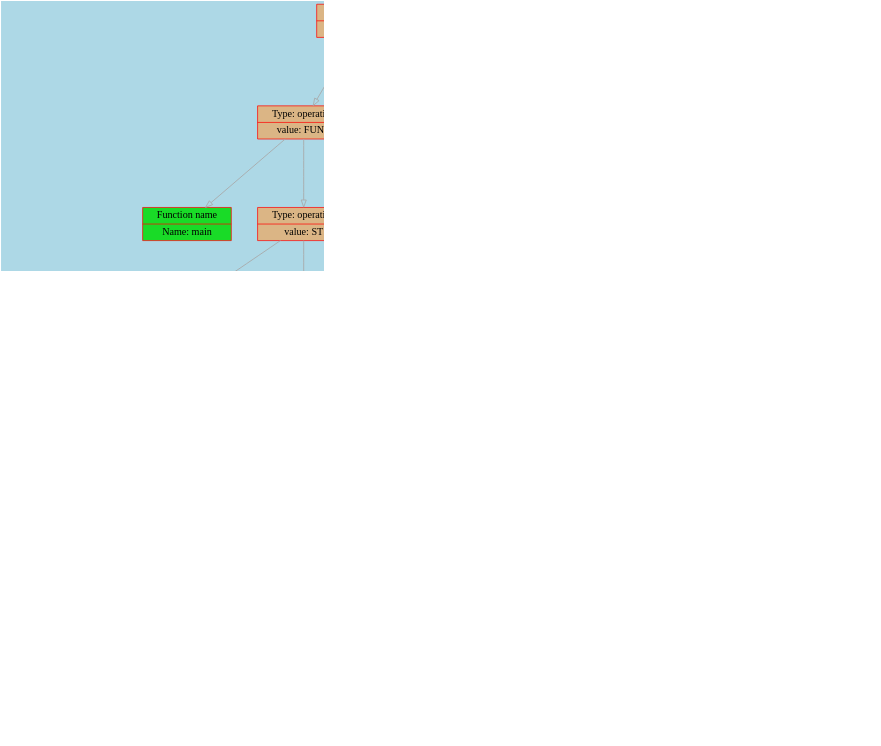
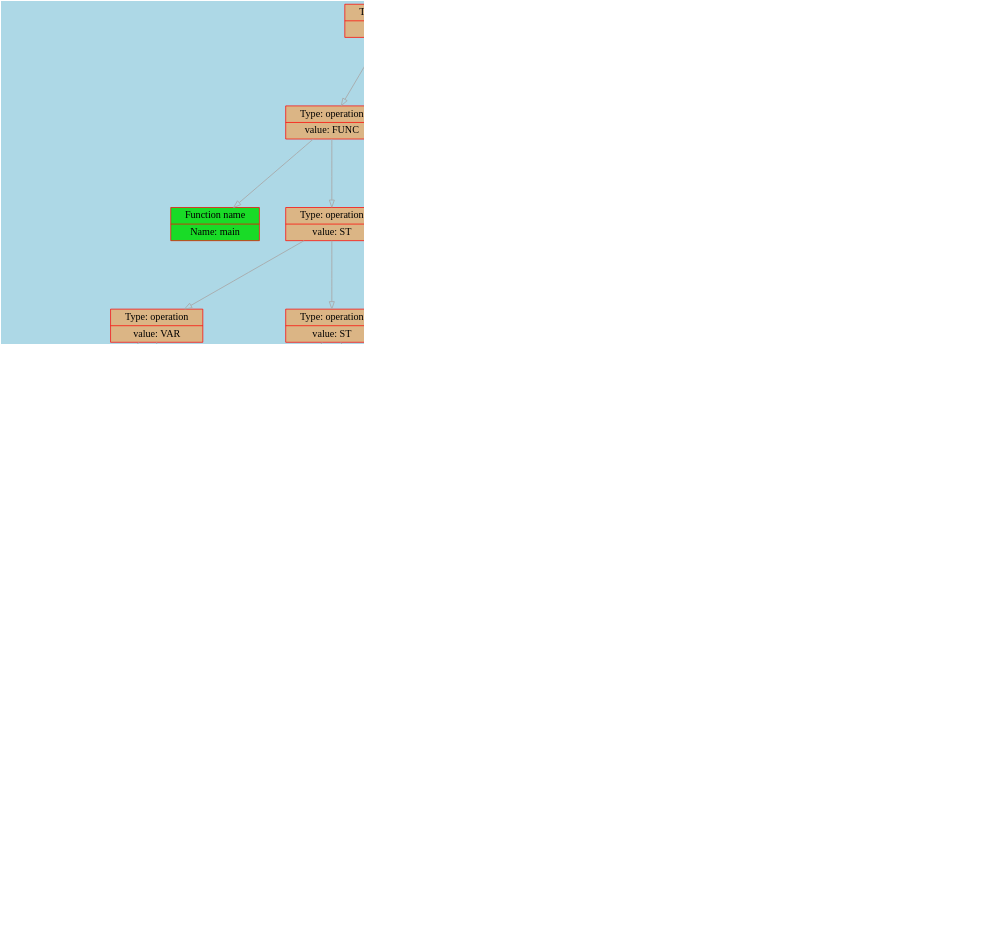
One commit to dodokek/ProgrammingLanguage changed the diagram in frontend/data/graph.dot. Above: the diagram before and after it, drawn with Graphviz. The commit also changed 13 other files, not shown here.

```diff
--- a/frontend/data/graph.dot
+++ b/frontend/data/graph.dot
@@ -1,107 +1,128 @@
 
     digraph g {
         bgcolor="lightblue";
         dpi      = 200;
         fontname = "Comic Sans MS";
         fontsize = 20;
         rankdir   =  TB;
         edge [color = darkgrey, arrowhead = onormal, arrowsize = 1, penwidth = 1.2]
         graph[fillcolor = lightgreen, ranksep = 1.3, nodesep = 0.5,
         style = "rounded, filled",color = green, penwidth = 2]
 
-    Node000002596a889f70[shape=record, width=0.2, style="filled", color="red", fillcolor="#DBB585",label=" {Type: operation | value: ST}"] 
+    Node000001a820849fd0[shape=record, width=0.2, style="filled", color="red", fillcolor="#DBB585",label=" {Type: operation | value: ST}"] 
  
-Node000002596a8895f0[shape=record, width=0.2, style="filled", color="red", fillcolor="#DBB585",label=" {Type: operation | value: FUNC}"] 
+Node000001a82084a3f0[shape=record, width=0.2, style="filled", color="red", fillcolor="#DBB585",label=" {Type: operation | value: FUNC}"] 
  
-Node000002596a887630[shape=record, width=0.2, style="filled", color="red", fillcolor="#19DB27",label=" {Function name |Name: main}"] 
+Node000001a820847630[shape=record, width=0.2, style="filled", color="red", fillcolor="#19DB27",label=" {Function name |Name: main}"] 
  
-Node000002596a889590[shape=record, width=0.2, style="filled", color="red", fillcolor="#DBB585",label=" {Type: operation | value: ST}"] 
+Node000001a82084a330[shape=record, width=0.2, style="filled", color="red", fillcolor="#DBB585",label=" {Type: operation | value: ST}"] 
  
-Node000002596a889770[shape=record, width=0.2, style="filled", color="red", fillcolor="#DBB585",label=" {Type: operation | value: VAR}"] 
+Node000001a820849c20[shape=record, width=0.2, style="filled", color="red", fillcolor="#DBB585",label=" {Type: operation | value: VAR}"] 
  
-Node000002596a887660[shape=record, width=0.2, style="filled", color="red", fillcolor="#19DB27",label=" {Type: variable | value: bebra}"] 
+Node000001a820847660[shape=record, width=0.2, style="filled", color="red", fillcolor="#19DB27",label=" {Type: variable | value: bebra}"] 
  
-Node000002596a887690[shape=record, width=0.2, style="filled", color="red", fillcolor="#DB8E21",label=" {Type: number | value: 10}"] 
+Node000001a820849d40[shape=record, width=0.2, style="filled", color="red", fillcolor="#DB8E21",label=" {Type: number | value: 10}"] 
  
-Node000002596a8896e0[shape=record, width=0.2, style="filled", color="red", fillcolor="#DBB585",label=" {Type: operation | value: ST}"] 
+Node000001a820849a70[shape=record, width=0.2, style="filled", color="red", fillcolor="#DBB585",label=" {Type: operation | value: ST}"] 
  
-Node000002596a8897a0[shape=record, width=0.2, style="filled", color="red", fillcolor="#DBB585",label=" {Type: operation | value: CALL}"] 
+Node000001a820849b00[shape=record, width=0.2, style="filled", color="red", fillcolor="#DBB585",label=" {Type: operation | value: VAR}"] 
  
-Node000002596a889800[shape=record, width=0.2, style="filled", color="red", fillcolor="#19DB27",label=" {Function name |Name: fak}"] 
+Node000001a820849a10[shape=record, width=0.2, style="filled", color="red", fillcolor="#19DB27",label=" {Type: variable | value: bebra}"] 
  
-Node000002596a889890[shape=record, width=0.2, style="filled", color="red", fillcolor="#DBB585",label=" {Type: operation | value: PARAM}"] 
+Node000001a820849bf0[shape=record, width=0.2, style="filled", color="red", fillcolor="#DB8E21",label=" {Type: number | value: 5}"] 
  
-Node000002596a889710[shape=record, width=0.2, style="filled", color="red", fillcolor="#19DB27",label=" {Type: variable | value: bebra}"] 
+Node000001a820849a40[shape=record, width=0.2, style="filled", color="red", fillcolor="#DBB585",label=" {Type: operation | value: ST}"] 
  
-Node000002596a889740[shape=record, width=0.2, style="filled", color="red", fillcolor="#DBB585",label=" {Type: operation | value: ST}"] 
+Node000001a820849c80[shape=record, width=0.2, style="filled", color="red", fillcolor="#DBB585",label=" {Type: operation | value: CALL}"] 
  
-Node000002596a889680[shape=record, width=0.2, style="filled", color="red", fillcolor="#DBB585",label=" {Type: operation | value: RET}"] 
+Node000001a820849b60[shape=record, width=0.2, style="filled", color="red", fillcolor="#19DB27",label=" {Function name |Name: fak}"] 
  
-Node000002596a889830[shape=record, width=0.2, style="filled", color="red", fillcolor="#DBB585",label=" {Type: operation | value: PARAM}"] 
+Node000001a820849aa0[shape=record, width=0.2, style="filled", color="red", fillcolor="#DBB585",label=" {Type: operation | value: PARAM}"] 
  
-Node000002596a889860[shape=record, width=0.2, style="filled", color="red", fillcolor="#19DB27",label=" {Type: variable | value: bebra}"] 
+Node000001a820849c50[shape=record, width=0.2, style="filled", color="red", fillcolor="#19DB27",label=" {Type: variable | value: bebra}"] 
  
-Node000002596a889b50[shape=record, width=0.2, style="filled", color="red", fillcolor="#DBB585",label=" {Type: operation | value: ST}"] 
+Node000001a820849d10[shape=record, width=0.2, style="filled", color="red", fillcolor="#DBB585",label=" {Type: operation | value: ST}"] 
  
-Node000002596a889be0[shape=record, width=0.2, style="filled", color="red", fillcolor="#DBB585",label=" {Type: operation | value: FUNC}"] 
+Node000001a820849ad0[shape=record, width=0.2, style="filled", color="red", fillcolor="#DBB585",label=" {Type: operation | value: VAR}"] 
  
-Node000002596a8898c0[shape=record, width=0.2, style="filled", color="red", fillcolor="#19DB27",label=" {Function name |Name: fak}"] 
+Node000001a820849cb0[shape=record, width=0.2, style="filled", color="red", fillcolor="#19DB27",label=" {Type: variable | value: sosiska}"] 
  
-Node000002596a8896b0[shape=record, width=0.2, style="filled", color="red", fillcolor="#DBB585",label=" {Type: operation | value: PARAM}"] 
+Node000001a820849bc0[shape=record, width=0.2, style="filled", color="red", fillcolor="#DB8E21",label=" {Type: number | value: 5}"] 
  
-Node000002596a8897d0[shape=record, width=0.2, style="filled", color="red", fillcolor="#19DB27",label=" {Type: variable | value: schet}"] 
+Node000001a820849ce0[shape=record, width=0.2, style="filled", color="red", fillcolor="#DBB585",label=" {Type: operation | value: ST}"] 
  
-Node000002596a889f40[shape=record, width=0.2, style="filled", color="red", fillcolor="#DBB585",label=" {Type: operation | value: ST}"] 
+Node000001a820849b30[shape=record, width=0.2, style="filled", color="red", fillcolor="#DBB585",label=" {Type: operation | value: RET}"] 
  
-Node000002596a889bb0[shape=record, width=0.2, style="filled", color="red", fillcolor="#DBB585",label=" {Type: operation | value: VAR}"] 
+Node000001a820849d70[shape=record, width=0.2, style="filled", color="red", fillcolor="#DBB585",label=" {Type: operation | value: PARAM}"] 
  
-Node000002596a8895c0[shape=record, width=0.2, style="filled", color="red", fillcolor="#19DB27",label=" {Type: variable | value: schet}"] 
+Node000001a820849b90[shape=record, width=0.2, style="filled", color="red", fillcolor="#19DB27",label=" {Type: variable | value: bebra}"] 
  
-Node000002596a889c70[shape=record, width=0.2, style="filled", color="red", fillcolor="#DBB585",label=" {Type: operation | value: EQ}"] 
+Node000001a82084a0c0[shape=record, width=0.2, style="filled", color="red", fillcolor="#DBB585",label=" {Type: operation | value: ST}"] 
  
-Node000002596a889650[shape=record, width=0.2, style="filled", color="red", fillcolor="#DBB585",label=" {Type: operation | value: ADD}"] 
+Node000001a82084a420[shape=record, width=0.2, style="filled", color="red", fillcolor="#DBB585",label=" {Type: operation | value: FUNC}"] 
  
-Node000002596a889560[shape=record, width=0.2, style="filled", color="red", fillcolor="#19DB27",label=" {Type: variable | value: schet}"] 
+Node000001a82084a360[shape=record, width=0.2, style="filled", color="red", fillcolor="#19DB27",label=" {Function name |Name: fak}"] 
  
-Node000002596a889620[shape=record, width=0.2, style="filled", color="red", fillcolor="#DB8E21",label=" {Type: number | value: 1}"] 
+Node000001a820849e80[shape=record, width=0.2, style="filled", color="red", fillcolor="#DBB585",label=" {Type: operation | value: PARAM}"] 
  
-Node000002596a8899a0[shape=record, width=0.2, style="filled", color="red", fillcolor="#DBB585",label=" {Type: operation | value: ST}"] 
+Node000001a82084a1b0[shape=record, width=0.2, style="filled", color="red", fillcolor="#19DB27",label=" {Type: variable | value: schet}"] 
  
-Node000002596a889970[shape=record, width=0.2, style="filled", color="red", fillcolor="#DBB585",label=" {Type: operation | value: RET}"] 
+Node000001a82084a240[shape=record, width=0.2, style="filled", color="red", fillcolor="#DBB585",label=" {Type: operation | value: ST}"] 
  
-Node000002596a88a060[shape=record, width=0.2, style="filled", color="red", fillcolor="#DBB585",label=" {Type: operation | value: PARAM}"] 
+Node000001a820849e50[shape=record, width=0.2, style="filled", color="red", fillcolor="#DBB585",label=" {Type: operation | value: VAR}"] 
  
-Node000002596a889b20[shape=record, width=0.2, style="filled", color="red", fillcolor="#19DB27",label=" {Type: variable | value: schet}"] 
+Node000001a820849f10[shape=record, width=0.2, style="filled", color="red", fillcolor="#19DB27",label=" {Type: variable | value: schet}"] 
  
-Node000002596a889f70->Node000002596a8895f0
-Node000002596a8895f0->Node000002596a887630
-Node000002596a8895f0->Node000002596a889590
-Node000002596a889590->Node000002596a889770
-Node000002596a889770->Node000002596a887660
-Node000002596a889770->Node000002596a887690
-Node000002596a889590->Node000002596a8896e0
-Node000002596a8896e0->Node000002596a8897a0
-Node000002596a8897a0->Node000002596a889800
-Node000002596a8897a0->Node000002596a889890
-Node000002596a889890->Node000002596a889710
-Node000002596a8896e0->Node000002596a889740
-Node000002596a889740->Node000002596a889680
-Node000002596a889680->Node000002596a889830
-Node000002596a889830->Node000002596a889860
-Node000002596a889f70->Node000002596a889b50
-Node000002596a889b50->Node000002596a889be0
-Node000002596a889be0->Node000002596a8898c0
-Node000002596a8898c0->Node000002596a8896b0
-Node000002596a8896b0->Node000002596a8897d0
-Node000002596a889be0->Node000002596a889f40
-Node000002596a889f40->Node000002596a889bb0
-Node000002596a889bb0->Node000002596a8895c0
-Node000002596a889bb0->Node000002596a889c70
-Node000002596a889c70->Node000002596a889650
-Node000002596a889650->Node000002596a889560
-Node000002596a889650->Node000002596a889620
-Node000002596a889f40->Node000002596a8899a0
-Node000002596a8899a0->Node000002596a889970
-Node000002596a889970->Node000002596a88a060
-Node000002596a88a060->Node000002596a889b20
+Node000001a82084a1e0[shape=record, width=0.2, style="filled", color="red", fillcolor="#DBB585",label=" {Type: operation | value: SUB}"] 
+ 
+Node000001a82084a0f0[shape=record, width=0.2, style="filled", color="red", fillcolor="#19DB27",label=" {Type: variable | value: schet}"] 
+ 
+Node000001a820849e20[shape=record, width=0.2, style="filled", color="red", fillcolor="#DB8E21",label=" {Type: number | value: 1}"] 
+ 
+Node000001a82084a210[shape=record, width=0.2, style="filled", color="red", fillcolor="#DBB585",label=" {Type: operation | value: ST}"] 
+ 
+Node000001a820849eb0[shape=record, width=0.2, style="filled", color="red", fillcolor="#DBB585",label=" {Type: operation | value: RET}"] 
+ 
+Node000001a82084a510[shape=record, width=0.2, style="filled", color="red", fillcolor="#DBB585",label=" {Type: operation | value: PARAM}"] 
+ 
+Node000001a820849fa0[shape=record, width=0.2, style="filled", color="red", fillcolor="#19DB27",label=" {Type: variable | value: schet}"] 
+ 
+Node000001a820849fd0->Node000001a82084a3f0
+Node000001a82084a3f0->Node000001a820847630
+Node000001a82084a3f0->Node000001a82084a330
+Node000001a82084a330->Node000001a820849c20
+Node000001a820849c20->Node000001a820847660
+Node000001a820849c20->Node000001a820849d40
+Node000001a82084a330->Node000001a820849a70
+Node000001a820849a70->Node000001a820849b00
+Node000001a820849b00->Node000001a820849a10
+Node000001a820849b00->Node000001a820849bf0
+Node000001a820849a70->Node000001a820849a40
+Node000001a820849a40->Node000001a820849c80
+Node000001a820849c80->Node000001a820849b60
+Node000001a820849c80->Node000001a820849aa0
+Node000001a820849aa0->Node000001a820849c50
+Node000001a820849a40->Node000001a820849d10
+Node000001a820849d10->Node000001a820849ad0
+Node000001a820849ad0->Node000001a820849cb0
+Node000001a820849ad0->Node000001a820849bc0
+Node000001a820849d10->Node000001a820849ce0
+Node000001a820849ce0->Node000001a820849b30
+Node000001a820849b30->Node000001a820849d70
+Node000001a820849d70->Node000001a820849b90
+Node000001a820849fd0->Node000001a82084a0c0
+Node000001a82084a0c0->Node000001a82084a420
+Node000001a82084a420->Node000001a82084a360
+Node000001a82084a360->Node000001a820849e80
+Node000001a820849e80->Node000001a82084a1b0
+Node000001a82084a420->Node000001a82084a240
+Node000001a82084a240->Node000001a820849e50
+Node000001a820849e50->Node000001a820849f10
+Node000001a820849e50->Node000001a82084a1e0
+Node000001a82084a1e0->Node000001a82084a0f0
+Node000001a82084a1e0->Node000001a820849e20
+Node000001a82084a240->Node000001a82084a210
+Node000001a82084a210->Node000001a820849eb0
+Node000001a820849eb0->Node000001a82084a510
+Node000001a82084a510->Node000001a820849fa0
 }
```
